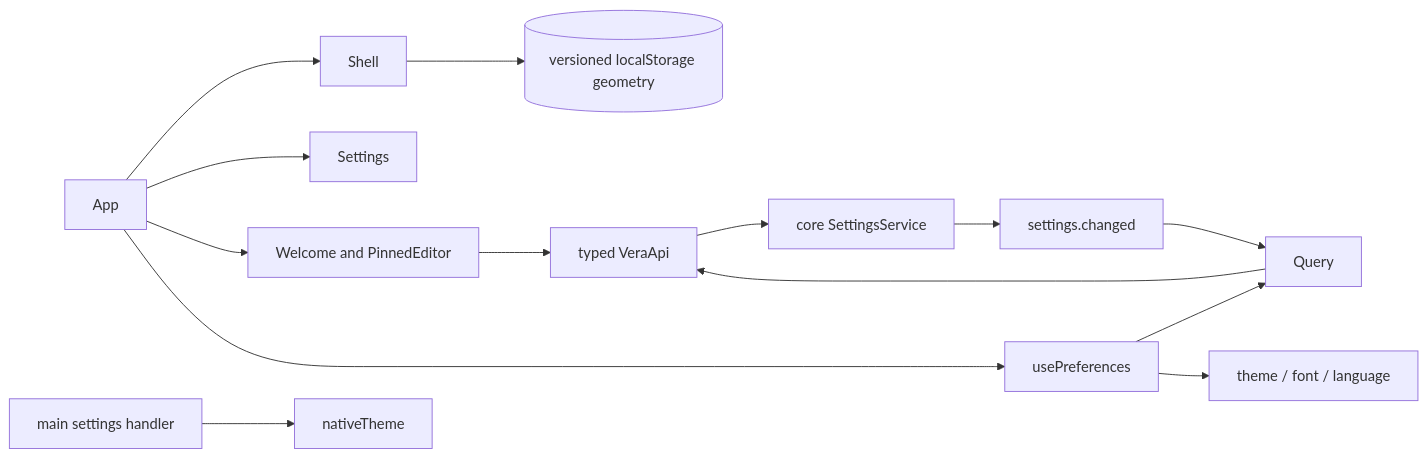
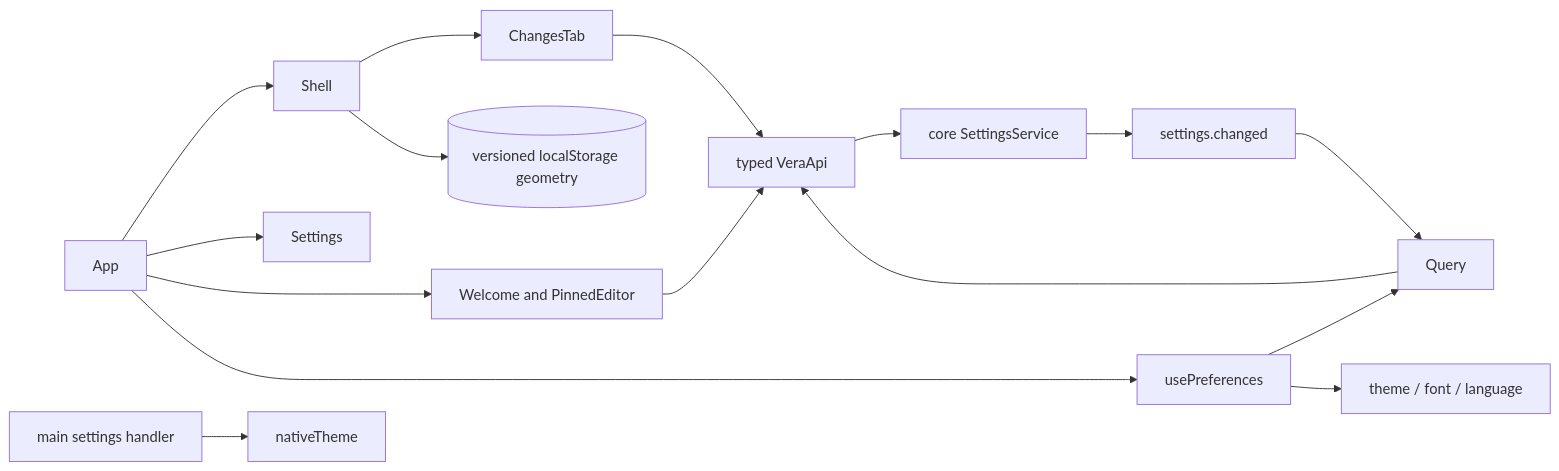
The diagram in .agentic/knowledge/renderer-foundation.md (DDP-Engineering/2026_Virtual_Embedded_Rig_Assistant), drawn with Mermaid before and after one commit. The commit also changed other lines of this file and 44 other files, not shown here.

````diff
--- a/.agentic/knowledge/renderer-foundation.md
+++ b/.agentic/knowledge/renderer-foundation.md
@@ -72,16 +72,18 @@
 ```mermaid
 flowchart LR
   App --> Shell
   App --> Settings
   App --> Workbench[Welcome and PinnedEditor]
   Workbench --> API
   App --> usePreferences
   usePreferences --> Query
   Query --> API[typed VeraApi]
   API --> service[core SettingsService]
   service --> event[settings.changed]
   event --> Query
   usePreferences --> root[theme / font / language]
+  Shell --> ChangesTab
+  ChangesTab --> API
   Shell --> layout[(versioned localStorage geometry)]
   main[main settings handler] --> nativeTheme
 ```
````
